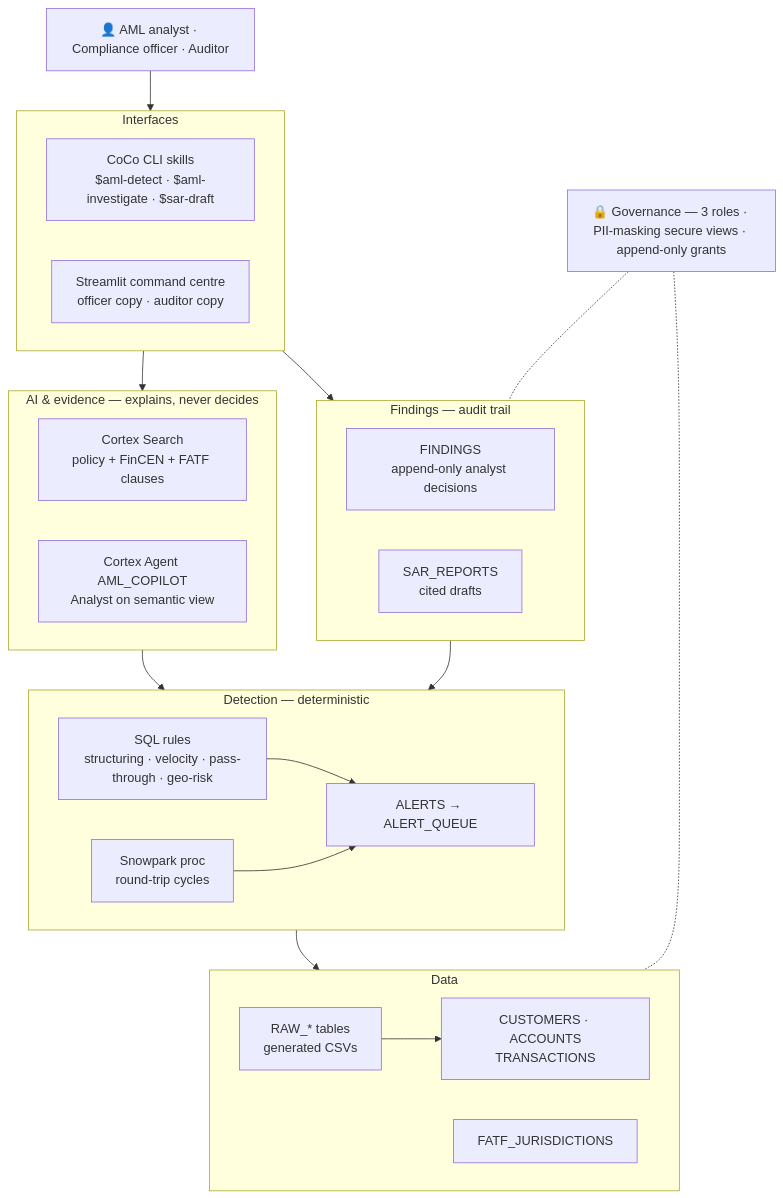
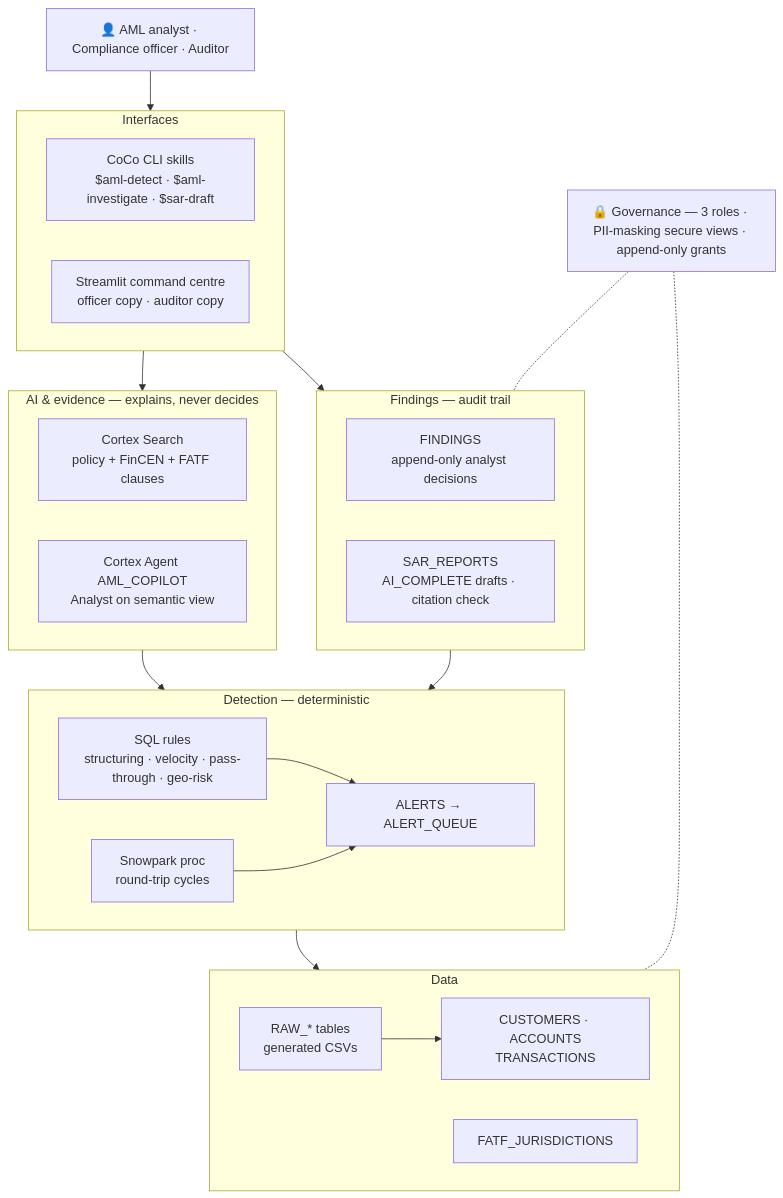
One commit to Pranav-error/risk-copilot changed the first of 7 diagrams in README.md. Above: the diagram before and after it, drawn with Mermaid. The commit also changed other lines of this file and 1 other file, not shown here.

First line of the commit message:
README: complete and verified

````diff
--- a/README.md
+++ b/README.md
@@ -64,50 +84,50 @@
 ```mermaid
 flowchart TB
     U["👤 AML analyst · Compliance officer · Auditor"]
 
     subgraph IF["Interfaces"]
         direction LR
         COCO["CoCo CLI skills<br/>$aml-detect · $aml-investigate · $sar-draft"]
         APP["Streamlit command centre<br/>officer copy · auditor copy"]
     end
 
     subgraph AI["AI & evidence — explains, never decides"]
         direction LR
         CSS["Cortex Search<br/>policy + FinCEN + FATF clauses"]
         AGT["Cortex Agent AML_COPILOT<br/>Analyst on semantic view"]
     end
 
     subgraph FND["Findings — audit trail"]
         direction LR
         FIN["FINDINGS<br/>append-only analyst decisions"]
-        SAR["SAR_REPORTS<br/>cited drafts"]
+        SAR["SAR_REPORTS<br/>AI_COMPLETE drafts · citation check"]
     end
 
     subgraph DET["Detection — deterministic"]
         direction LR
         SQLR["SQL rules<br/>structuring · velocity · pass-through · geo-risk"]
         CYC["Snowpark proc<br/>round-trip cycles"]
         ALR["ALERTS → ALERT_QUEUE"]
     end
 
     subgraph DATA["Data"]
         direction LR
         RAW["RAW_* tables<br/>generated CSVs"]
         CAN["CUSTOMERS · ACCOUNTS<br/>TRANSACTIONS"]
         REF["FATF_JURISDICTIONS"]
     end
 
     GOV["🔒 Governance — 3 roles · PII-masking secure views · append-only grants"]
 
     U --> IF
     IF --> AI
     IF --> FND
     AI --> DET
     FND --> DET
     DET --> DATA
     RAW --> CAN
     SQLR --> ALR
     CYC --> ALR
     GOV -.- DATA
     GOV -.- FND
 ```
````
